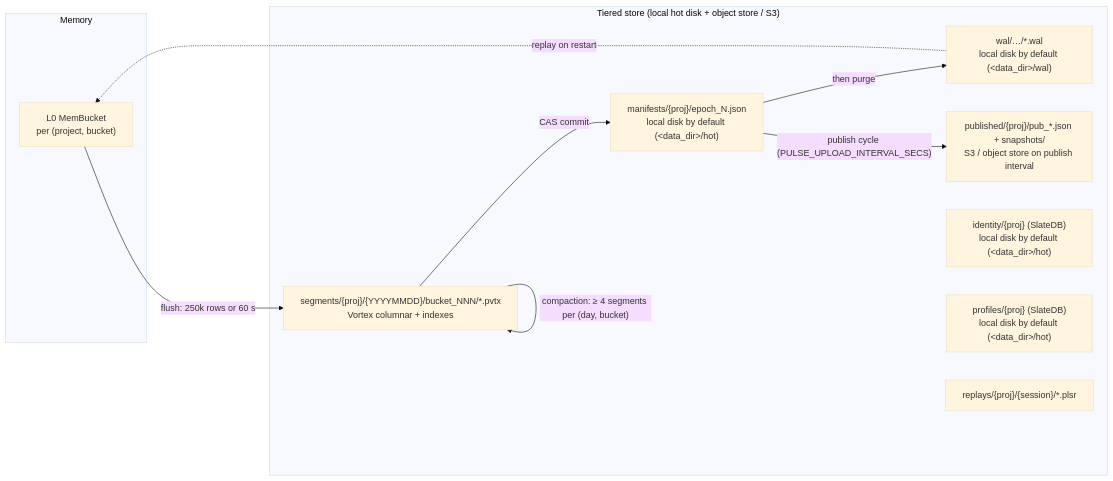
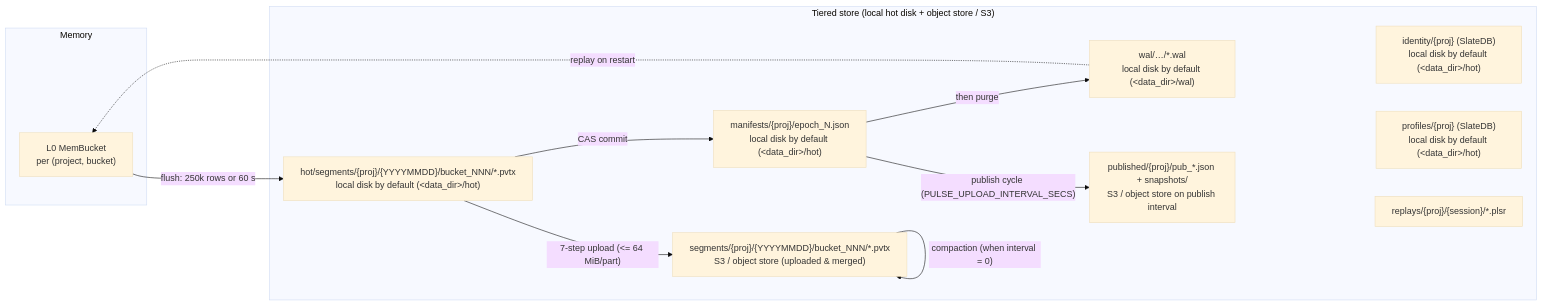
Before and after one commit to sswapnil2/analytics-system: the second of 3 diagrams in docs/how-it-works.md, drawn with Mermaid (base theme). The commit also changed other lines of this file and 22 other files, not shown here.

Commit message:
feat(storage,ingest,node): implement T3 local segment tier, 7-step upload cycle, intent sweep, and 429 backpressure

````diff
--- a/docs/how-it-works.md
+++ b/docs/how-it-works.md
@@ -90,21 +90,23 @@
 ```mermaid
 flowchart LR
     subgraph mem["Memory"]
         L0["L0 MemBucket<br/>per (project, bucket)"]
     end
     subgraph os["Tiered store (local hot disk + object store / S3)"]
         WAL["wal/…/*.wal<br/>local disk by default (&lt;data_dir&gt;/wal)"]
-        SEG["segments/{proj}/{YYYYMMDD}/bucket_NNN/*.pvtx<br/>Vortex columnar + indexes"]
+        HSEG["hot/segments/{proj}/{YYYYMMDD}/bucket_NNN/*.pvtx<br/>local disk by default (&lt;data_dir&gt;/hot)"]
+        SEG["segments/{proj}/{YYYYMMDD}/bucket_NNN/*.pvtx<br/>S3 / object store (uploaded &amp; merged)"]
         MAN["manifests/{proj}/epoch_N.json<br/>local disk by default (&lt;data_dir&gt;/hot)"]
         PUB["published/{proj}/pub_*.json + snapshots/<br/>S3 / object store on publish interval"]
         ID["identity/{proj} (SlateDB)<br/>local disk by default (&lt;data_dir&gt;/hot)"]
         PROF["profiles/{proj} (SlateDB)<br/>local disk by default (&lt;data_dir&gt;/hot)"]
         REP["replays/{proj}/{session}/*.plsr"]
     end
     WAL -. replay on restart .-> L0
-    L0 -- "flush: 250k rows or 60 s" --> SEG
-    SEG -- "CAS commit" --> MAN
+    L0 -- "flush: 250k rows or 60 s" --> HSEG
+    HSEG -- "CAS commit" --> MAN
     MAN -- "then purge" --> WAL
+    HSEG -- "7-step upload (<= 64 MiB/part)" --> SEG
     MAN -- "publish cycle (PULSE_UPLOAD_INTERVAL_SECS)" --> PUB
-    SEG -- "compaction: ≥ 4 segments per (day, bucket)" --> SEG
+    SEG -- "compaction (when interval = 0)" --> SEG
 ```
````
